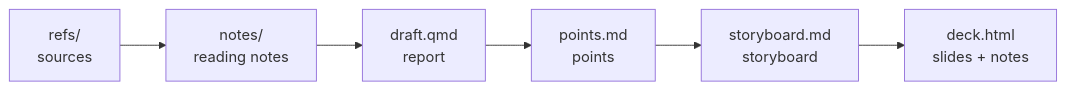
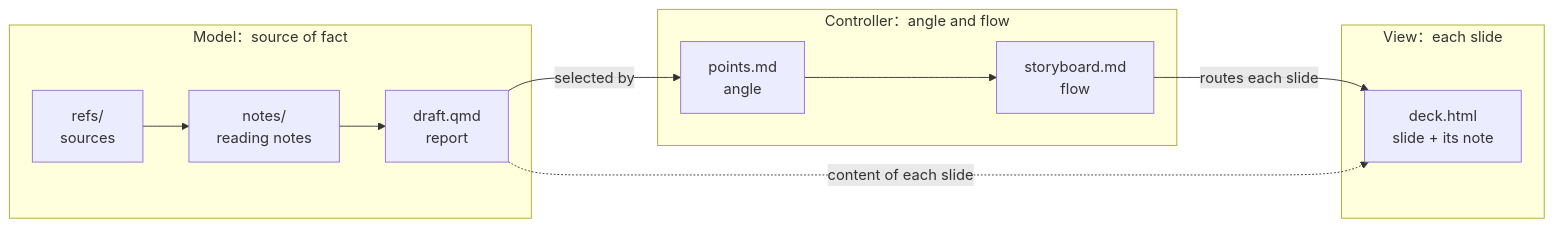
One commit to enstw/thesisbug2 changed the diagram in assets/templates/presentation/presentation-protocol.md. Above: the diagram before and after it, drawn with Mermaid. The commit also changed other lines of this file and 6 other files, not shown here.

First line of the commit message:
docs(presentation): 簡報流程改以 Model–View–Controller 表述

````diff
--- a/assets/templates/presentation/presentation-protocol.md
+++ b/assets/templates/presentation/presentation-protocol.md
@@ -17,4 +17,15 @@
 ```mermaid
 flowchart LR
-    R["refs/<br>sources"] --> N["notes/<br>reading notes"] --> D["draft.qmd<br>report"] --> P["points.md<br>points"] --> S["storyboard.md<br>storyboard"] --> K["deck.html<br>slides + notes"]
+    subgraph M["Model：source of fact"]
+        R["refs/<br>sources"] --> N["notes/<br>reading notes"] --> D["draft.qmd<br>report"]
+    end
+    subgraph C["Controller：angle and flow"]
+        P["points.md<br>angle"] --> S["storyboard.md<br>flow"]
+    end
+    subgraph V["View：each slide"]
+        K["deck.html<br>slide + its note"]
+    end
+    D -->|selected by| P
+    S -->|routes each slide| K
+    D -.->|content of each slide| K
 ```
````
